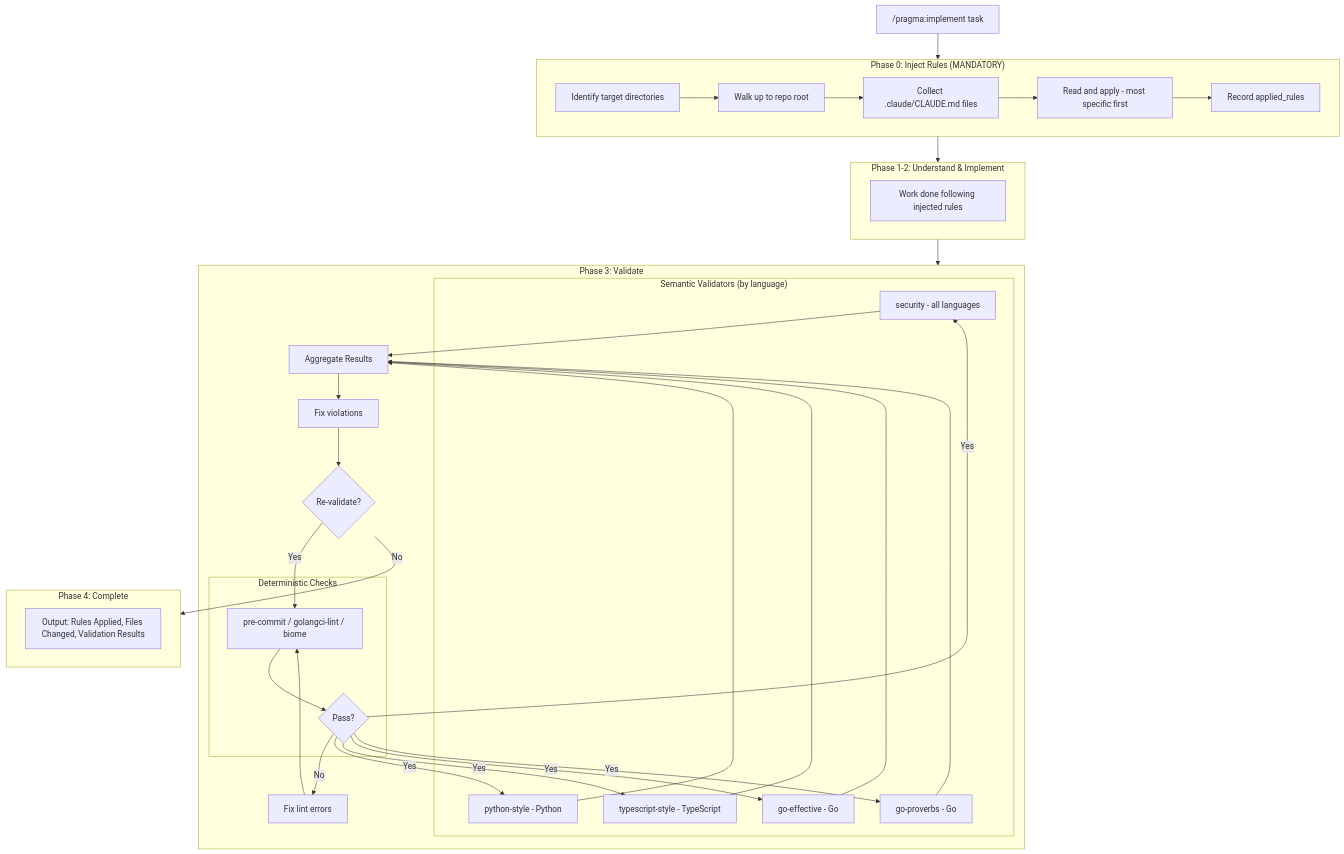
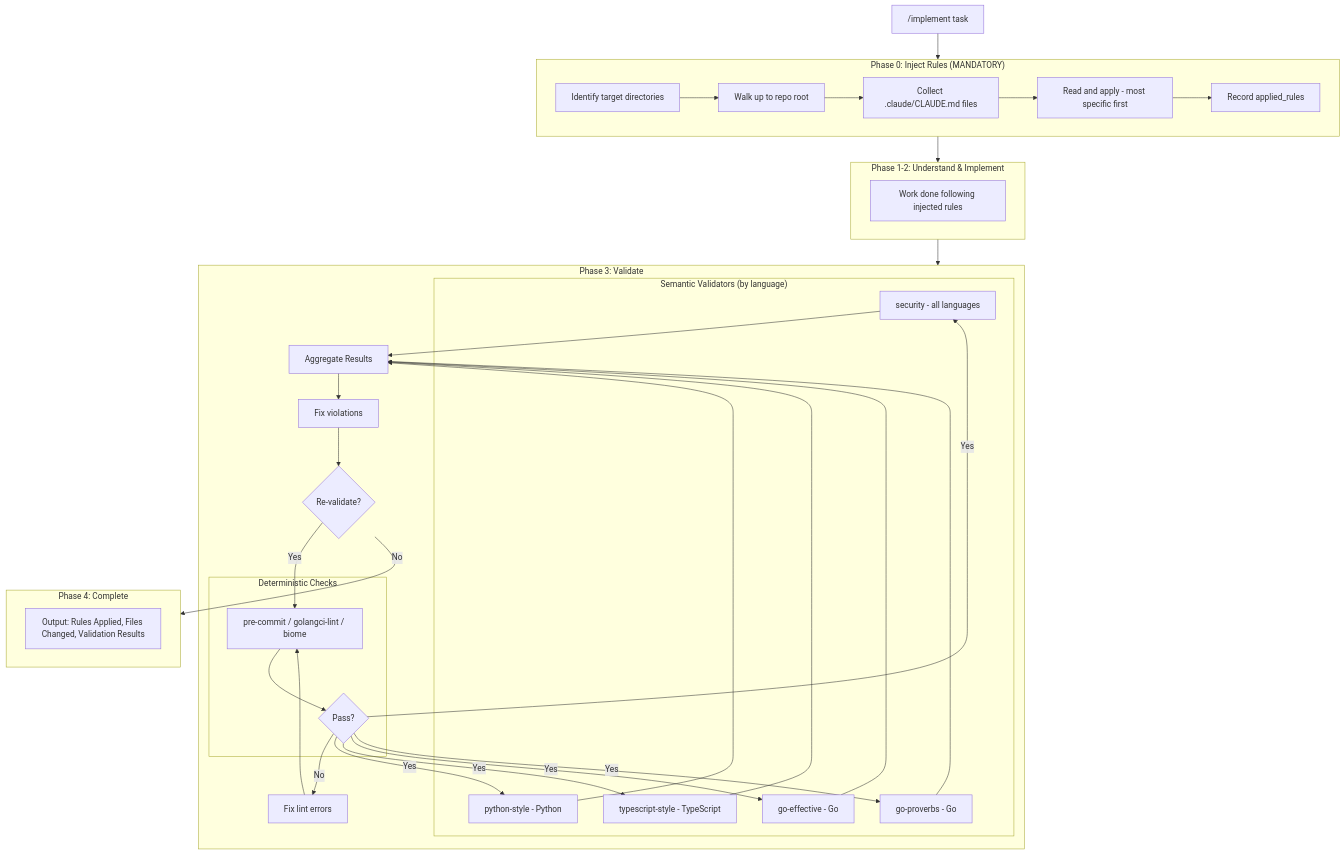
The fourth of 9 diagrams in ARCHITECTURE.md (peteski22/claude-pragma), drawn with Mermaid before and after one commit. The commit also changed other lines of this file and 12 other files, not shown here.

````diff
--- a/ARCHITECTURE.md
+++ b/ARCHITECTURE.md
@@ -273,52 +273,52 @@
 ```mermaid
 flowchart TD
     subgraph Phase0["Phase 0: Inject Rules (MANDATORY)"]
         P0A[Identify target directories]
         P0B[Walk up to repo root]
         P0C[Collect .claude/CLAUDE.md files]
         P0D[Read and apply - most specific first]
         P0E[Record applied_rules]
         P0A --> P0B --> P0C --> P0D --> P0E
     end
 
     subgraph Phase12["Phase 1-2: Understand & Implement"]
         P12[Work done following injected rules]
     end
 
     subgraph Phase3["Phase 3: Validate"]
         subgraph Deterministic["Deterministic Checks"]
             Lint[pre-commit / golangci-lint / biome]
             LintFail{Pass?}
             Lint --> LintFail
         end
 
         subgraph Semantic["Semantic Validators (by language)"]
             SecVal[security - all languages]
             PyVal[python-style - Python]
             TSVal[typescript-style - TypeScript]
             GoEff[go-effective - Go]
             GoProv[go-proverbs - Go]
         end
 
         Agg[Aggregate Results]
         Fix[Fix violations]
         ReVal{Re-validate?}
 
         LintFail -->|No| FixLint[Fix lint errors]
         FixLint --> Lint
         LintFail -->|Yes| SecVal & PyVal & TSVal & GoEff & GoProv
         SecVal & PyVal & TSVal & GoEff & GoProv --> Agg
         Agg --> Fix
         Fix --> ReVal
         ReVal -->|Yes| Lint
     end
 
     subgraph Phase4["Phase 4: Complete"]
         Output[Output: Rules Applied, Files Changed, Validation Results]
     end
 
-    Start["/pragma:implement task"] --> Phase0
+    Start["/implement task"] --> Phase0
     Phase0 --> Phase12
     Phase12 --> Phase3
     ReVal -->|No| Phase4
 ```
````
